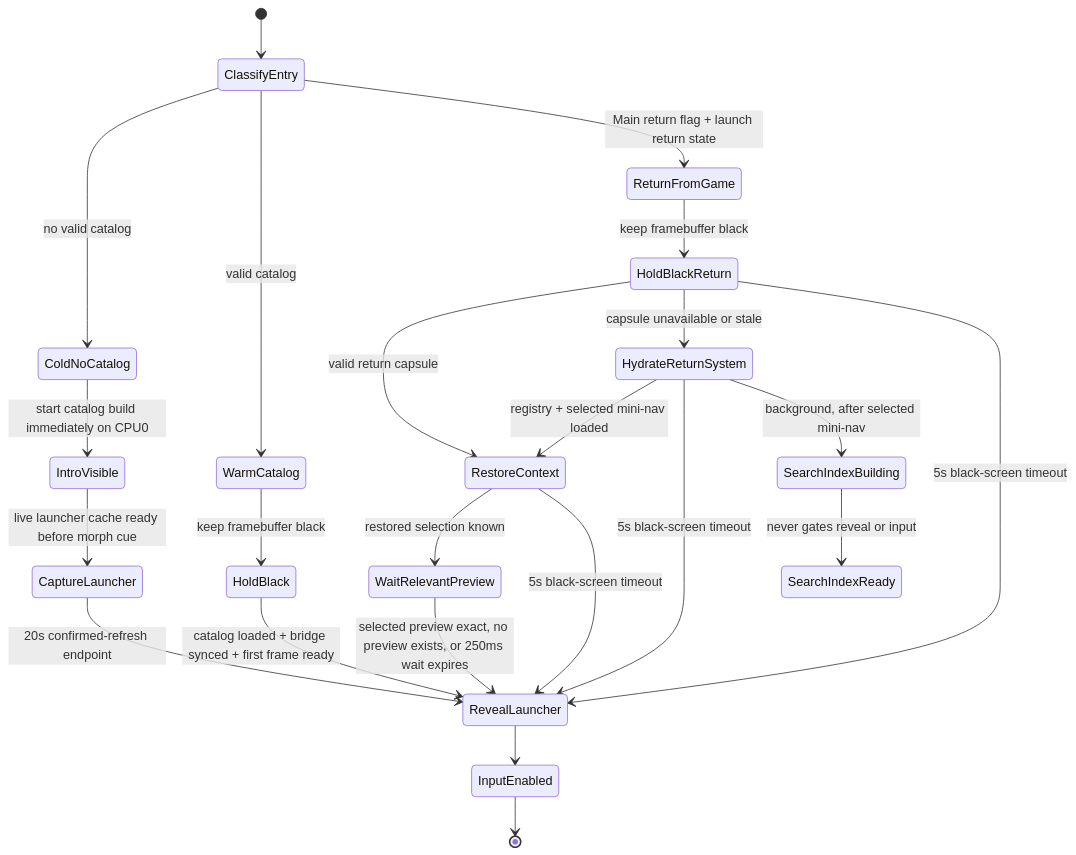
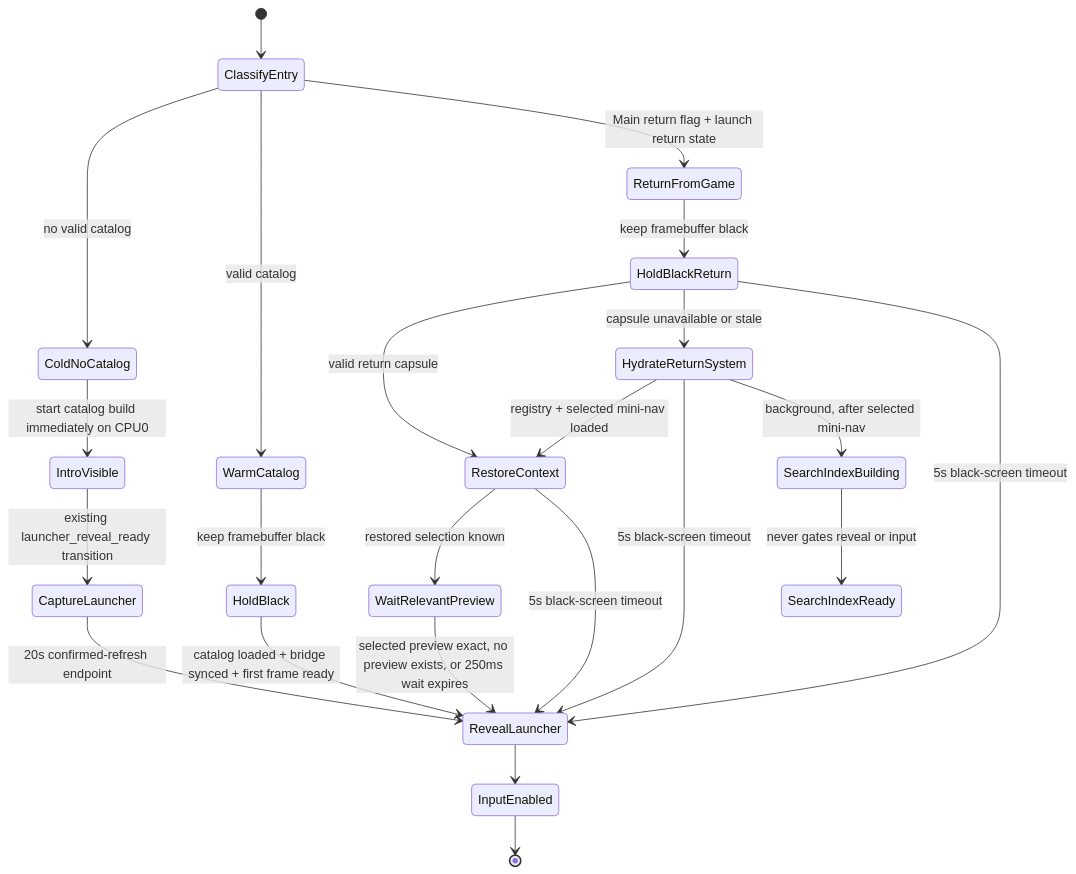
The fourth of 5 diagrams in docs/architecture.md (NigelBreslaw/MiSTer-MagiK), drawn with Mermaid before and after one commit. The commit also changed other lines of this file and 3 other files, not shown here.

Commit message:
fix(startup): consume launcher reveal event

````diff
--- a/docs/architecture.md
+++ b/docs/architecture.md
@@ -494,31 +494,31 @@
 ```mermaid
 stateDiagram-v2
     [*] --> ClassifyEntry
 
     ClassifyEntry --> ColdNoCatalog: no valid catalog
     ClassifyEntry --> WarmCatalog: valid catalog
     ClassifyEntry --> ReturnFromGame: Main return flag + launch return state
 
     ColdNoCatalog --> IntroVisible: start catalog build immediately on CPU0
-    IntroVisible --> CaptureLauncher: live launcher cache ready before morph cue
+    IntroVisible --> CaptureLauncher: existing launcher_reveal_ready transition
     CaptureLauncher --> RevealLauncher: 20s confirmed-refresh endpoint
 
     WarmCatalog --> HoldBlack: keep framebuffer black
     HoldBlack --> RevealLauncher: catalog loaded + bridge synced + first frame ready
 
     ReturnFromGame --> HoldBlackReturn: keep framebuffer black
     HoldBlackReturn --> RestoreContext: valid return capsule
     HoldBlackReturn --> HydrateReturnSystem: capsule unavailable or stale
     HoldBlackReturn --> RevealLauncher: 5s black-screen timeout
     HydrateReturnSystem --> RestoreContext: registry + selected mini-nav loaded
     HydrateReturnSystem --> RevealLauncher: 5s black-screen timeout
     RestoreContext --> WaitRelevantPreview: restored selection known
     RestoreContext --> RevealLauncher: 5s black-screen timeout
     WaitRelevantPreview --> RevealLauncher: selected preview exact, no preview exists, or 250ms wait expires
 
     HydrateReturnSystem --> SearchIndexBuilding: background, after selected mini-nav
     SearchIndexBuilding --> SearchIndexReady: never gates reveal or input
 
     RevealLauncher --> InputEnabled
     InputEnabled --> [*]
 ```
````
